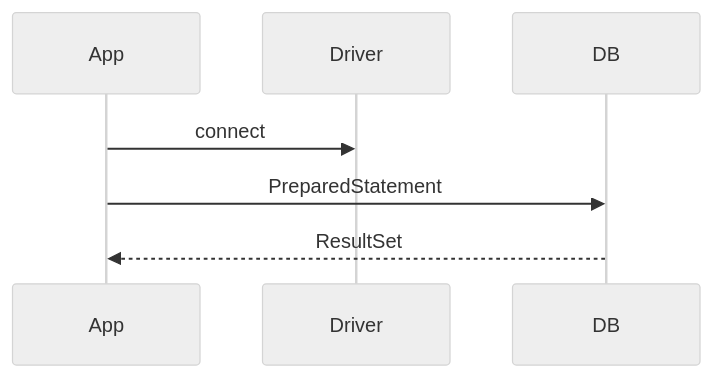
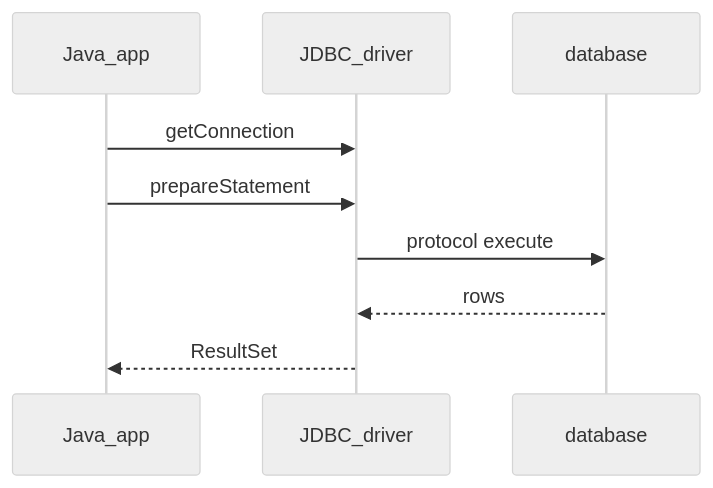
One commit to AlexanderNY/cursor_test changed the diagram in nine-to-eighteen/ui/src/data/learn/java/jv04-jdbc-basics.md. Above: the diagram before and after it, drawn with Mermaid (neutral theme). The commit also changed other lines of this file and 3060 other files, not shown here.

````diff
--- a/nine-to-eighteen/ui/src/data/learn/java/jv04-jdbc-basics.md
+++ b/nine-to-eighteen/ui/src/data/learn/java/jv04-jdbc-basics.md
@@ -58,6 +98,11 @@
 ```mermaid
 sequenceDiagram
-  App->>Driver: connect
-  App->>DB: PreparedStatement
-  DB-->>App: ResultSet
+  participant App as Java_app
+  participant Drv as JDBC_driver
+  participant Db as database
+  App->>Drv: getConnection
+  App->>Drv: prepareStatement
+  Drv->>Db: protocol execute
+  Db-->>Drv: rows
+  Drv-->>App: ResultSet
 ```
````
